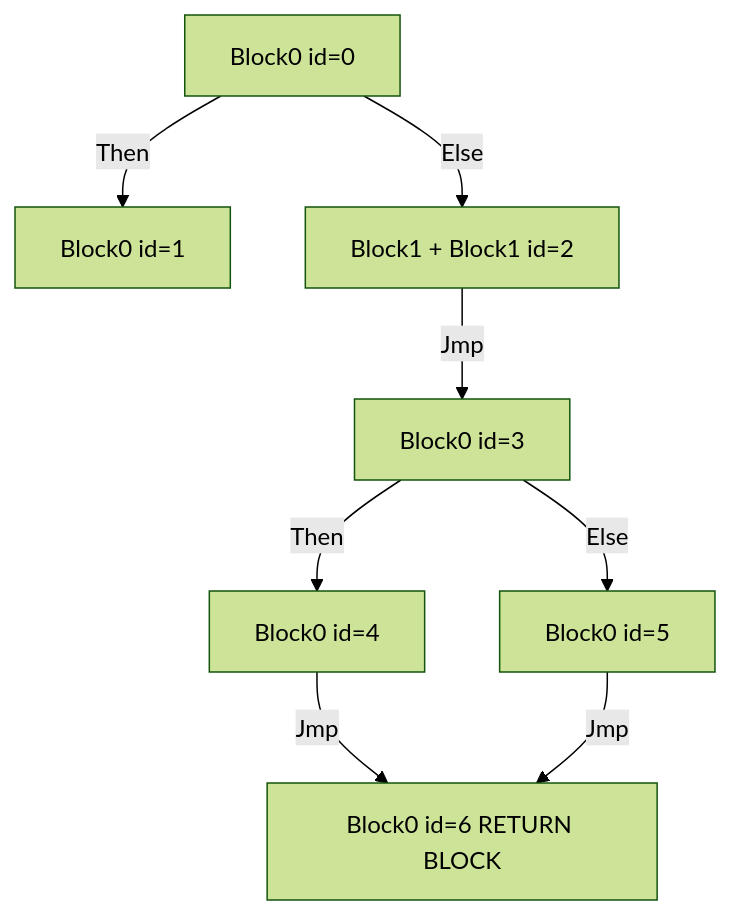
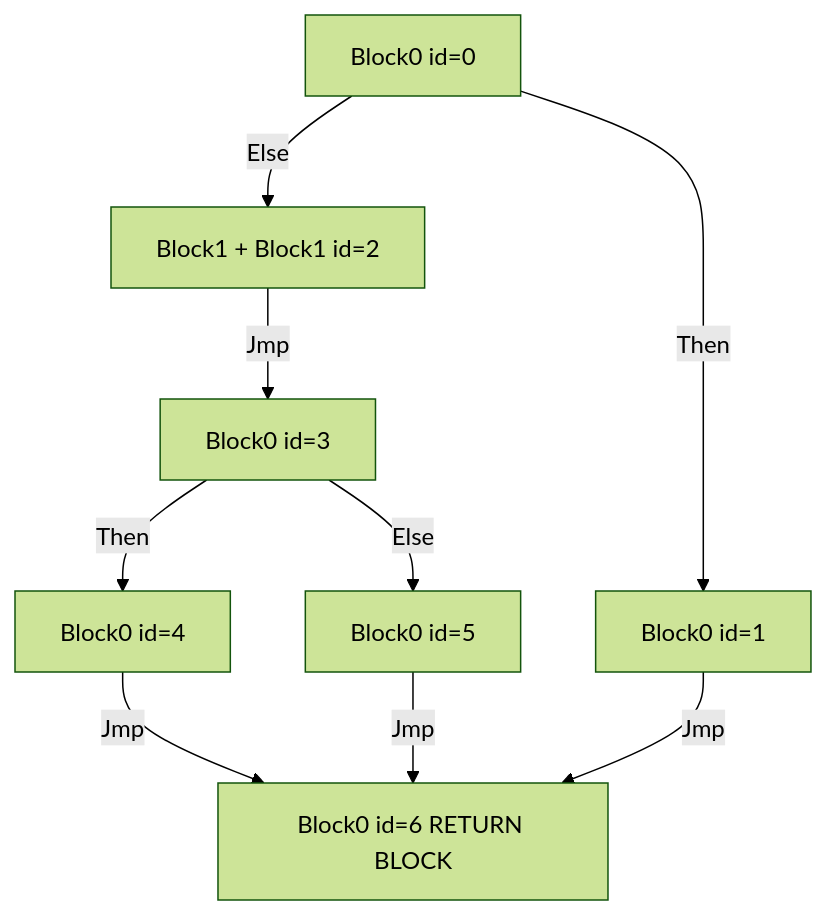
Before and after one commit to defkit/branching_overview: the tenth of 10 diagrams in README.md, drawn with Mermaid (forest theme).

Commit message:
complicated example

````diff
--- a/README.md
+++ b/README.md
@@ -114,11 +114,12 @@
 ```mermaid
 graph TD;
     b0[Block0 id=0]-->|Then| b1[Block0 id=1]
     b0[Block0 id=0]-->|Else| b2[Block1 + Block1 id=2]
     b2-->|Jmp| b3[Block0 id=3]
     b3-->|Then| b4[Block0 id=4]
     b3-->|Else| b5[Block0 id=5]
     b4-->|Jmp| b6
     b5-->|Jmp| b6
+    b1-->|Jmp| b6
     b6[Block0 id=6 RETURN BLOCK]
 ```
````
